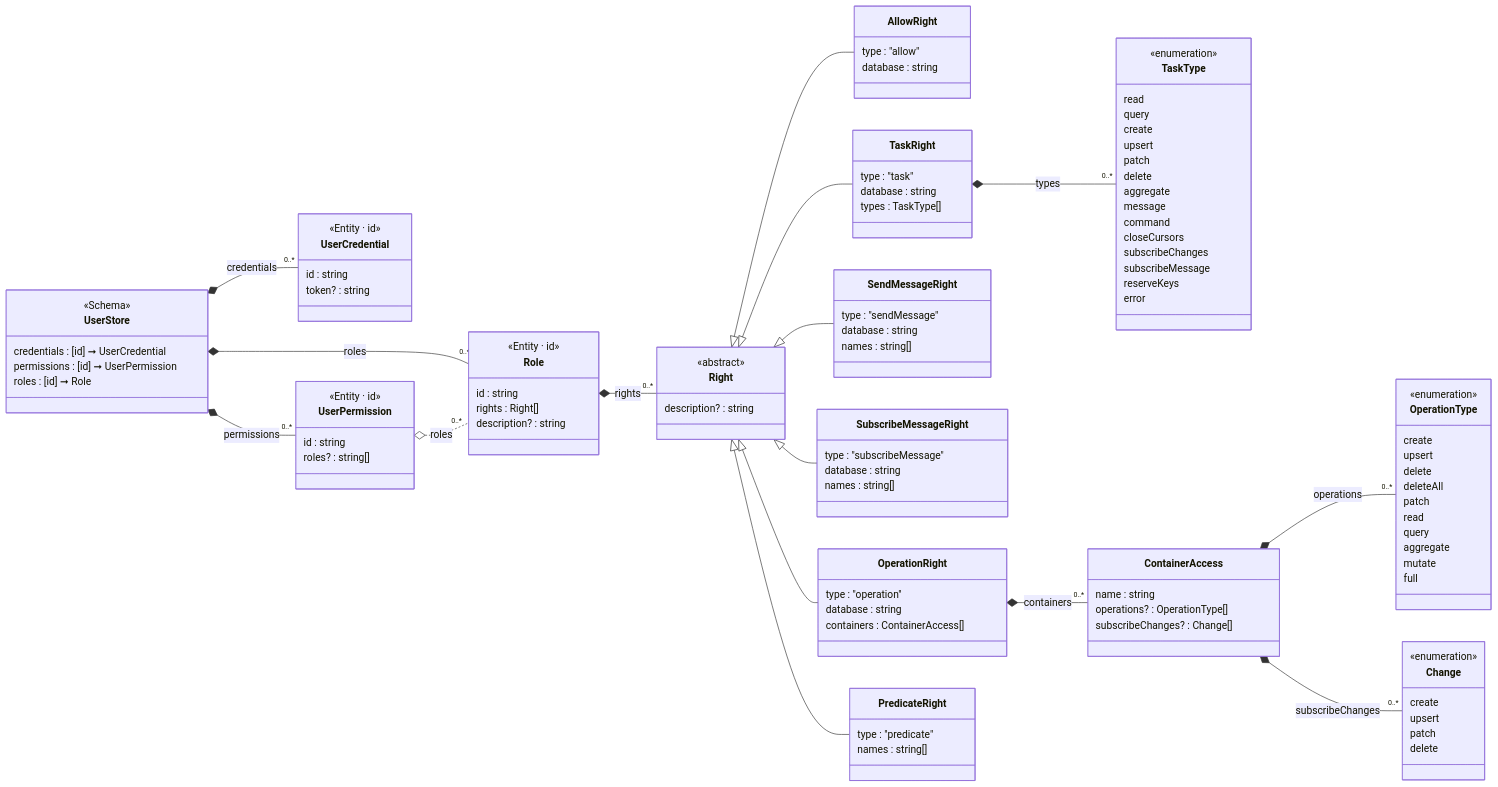
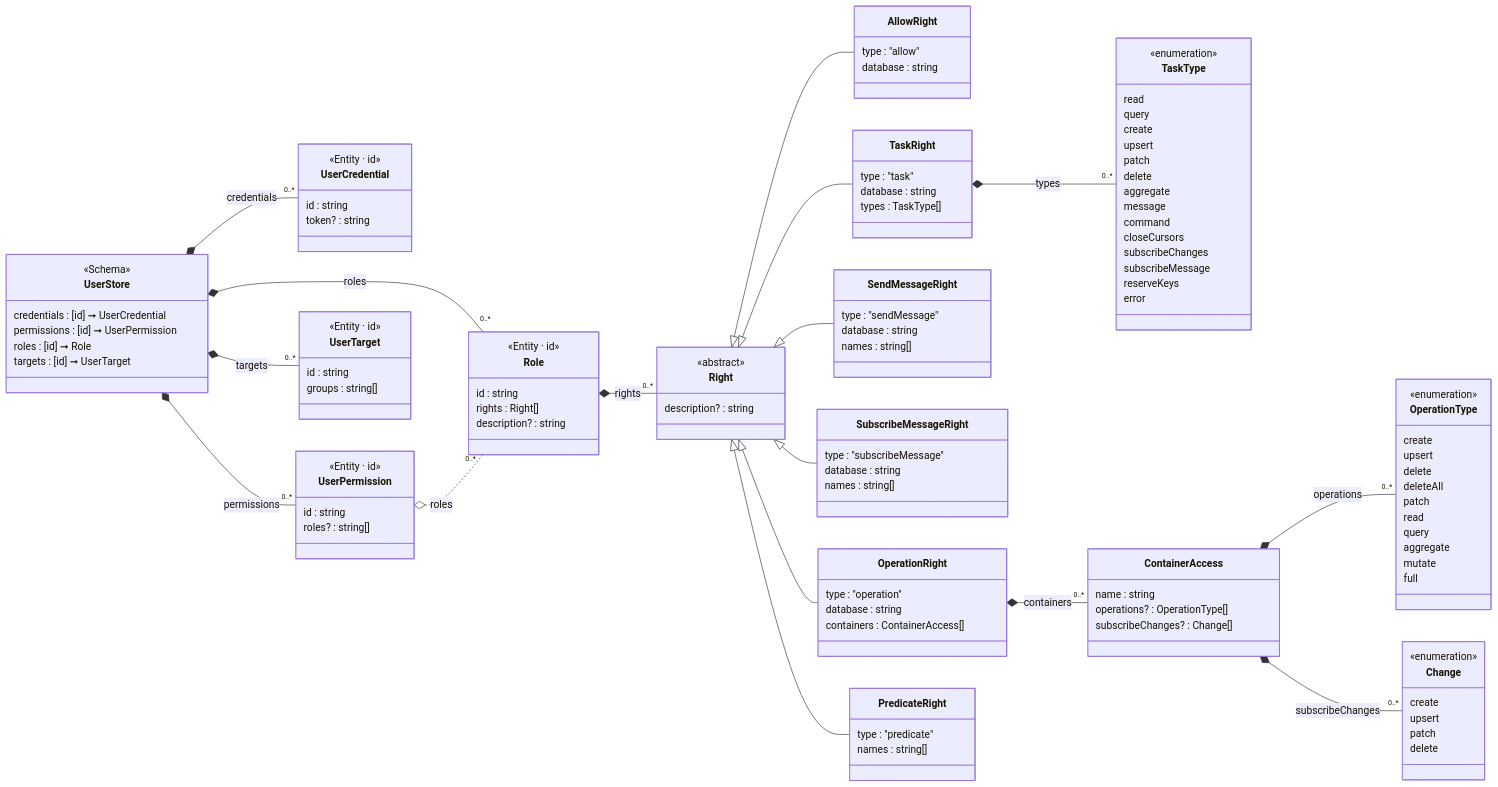
One commit to friflo/Friflo.Json.Fliox changed the diagram in Json.Tests/assets~/Schema/Markdown/UserStore/class-diagram.md. Above: the diagram before and after it, drawn with Mermaid. The commit also changed 20 other files, not shown here.

Commit message:
UserStore - introduced container: .targets containing UserTarget's

```diff
--- a/Json.Tests/assets~/Schema/Markdown/UserStore/class-diagram.md
+++ b/Json.Tests/assets~/Schema/Markdown/UserStore/class-diagram.md
@@ -10,10 +10,12 @@
     credentials  : [id] ➞ UserCredential
     permissions  : [id] ➞ UserPermission
     roles        : [id] ➞ Role
+    targets      : [id] ➞ UserTarget
 }
 UserStore *-- "0..*" UserCredential : credentials
 UserStore *-- "0..*" UserPermission : permissions
 UserStore *-- "0..*" Role : roles
+UserStore *-- "0..*" UserTarget : targets
 
 class UserCredential:::cssEntity {
     <<Entity · id>>
@@ -35,6 +37,12 @@
     description? : string
 }
 Role *-- "0..*" Right : rights
+
+class UserTarget:::cssEntity {
+    <<Entity · id>>
+    id      : string
+    groups  : string[]
+}
 
 class Right {
     <<abstract>>
```
